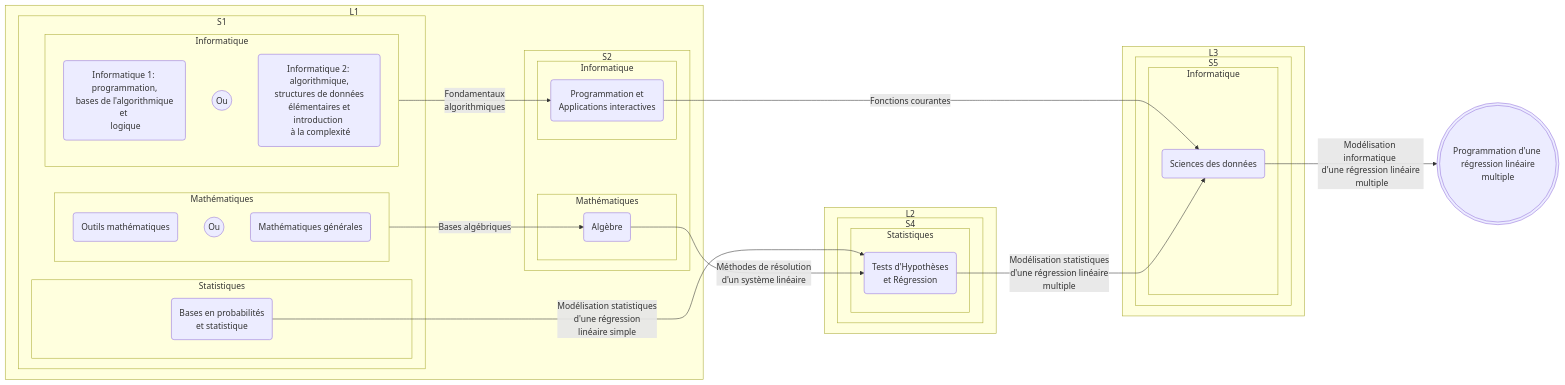
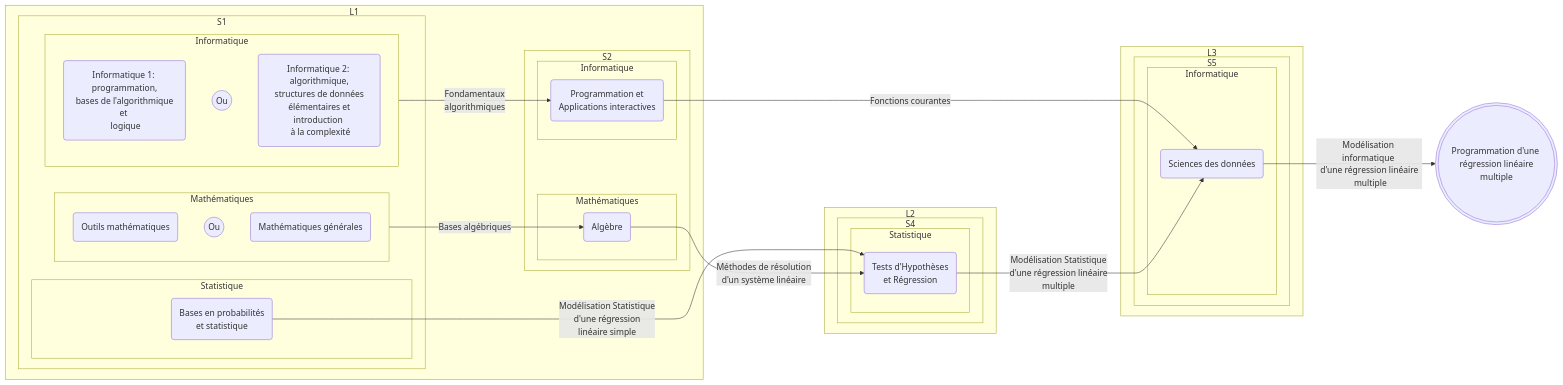
The first of 6 diagrams in README.md (anthobeach/applications-concretes-des-apprentissages), drawn with Mermaid before and after one commit. The commit also changed other lines of this file, not shown here.

````diff
--- a/README.md
+++ b/README.md
@@ -12,65 +12,65 @@
 ```mermaid
 flowchart LR
 		subgraph le1[L1]
 				subgraph se1[S1]
-					subgraph stat1[Statistiques]
+					subgraph stat1[Statistique]
 				    id1(  Bases en probabilités <br> et statistique  )
 			    end
 			    subgraph info1[Informatique]
 					id2(  Informatique 1: <br> programmation, <br> bases de l'algorithmique et <br> logique  )
 				    id3((Ou))
 				    id4(  Informatique 2: <br> algorithmique, <br> structures de données <br> élémentaires et introduction <br> à la complexité  )
 			    end
 			    subgraph math1 [Mathématiques]
          			id5(  Outils mathématiques  )
 					id6((Ou))
 					id7(  Mathématiques générales  )
 					end
 		    end
 		    subgraph se2[S2]
 			    subgraph math2[Mathématiques]
 				    id8(  Algèbre  )
 				  end
 				  subgraph info2[Informatique]
 					  id9(  Programmation et <br> Applications interactives  )
 				  end
 		    end
     end
     subgraph le2 [L2]
 	    subgraph se4[S4]
-		    subgraph stat2[Statistiques]
+		    subgraph stat2[Statistique]
 			    id10(  Tests d'Hypothèses <br> et Régression  )
 			  end
 			end
     end
     subgraph le3 [L3]
 	    subgraph se5 [S5]
 		    subgraph info3 [Informatique]
 			    id11(  Sciences des données  )
 			  end
 			end
 	  end
     id12@{ shape: dbl-circ, label: Programmation d'une <br> régression linéaire multiple }
     %% clickable links
 	    %% S1
 	    click id1 "https://formations.u-bordeaux.fr/details-formation?type=enseignement&id=27784"
 	    click id2 "https://formations.u-bordeaux.fr/details-formation?type=enseignement&id=38897"
 	    click id4 "https://formations.u-bordeaux.fr/details-formation?type=enseignement&id=38899"
 	    click id5 "https://formations.u-bordeaux.fr/details-formation?type=enseignement&id=38891"
 	    click id7 "https://formations.u-bordeaux.fr/details-formation?type=enseignement&id=38892"
 	    %% S2
 	    click id8 "https://formations.u-bordeaux.fr/details-formation?type=enseignement&id=27954"
 	    click id9 "https://formations.u-bordeaux.fr/details-formation?type=enseignement&id=27565"
 	    %% S4
 	    click id10 "https://formations.u-bordeaux.fr/details-formation?type=enseignement&id=73987"
 	    %% S5
 	    click id11 "https://formations.u-bordeaux.fr/details-formation?type=enseignement&id=28193"
 	 %% knowledge transfer
-		 id1 -- Modélisation statistiques <br> d'une régression <br> linéaire simple --> id10
+		 id1 -- Modélisation Statistique <br> d'une régression <br> linéaire simple --> id10
 		 info1 -- Fondamentaux <br> algorithmiques  --> id9
 		 math1 -- Bases algébriques --> id8
 		 id8 -- Méthodes de résolution <br> d'un système linéaire --> id10
 		 id9 -- Fonctions courantes --> id11
-		 id10 -- Modélisation statistiques <br> d'une régression linéaire <br> multiple --> id11
+		 id10 -- Modélisation Statistique <br> d'une régression linéaire <br> multiple --> id11
 		 id11 -- Modélisation informatique <br> d'une régression linéaire <br> multiple --> id12
 ```
````
